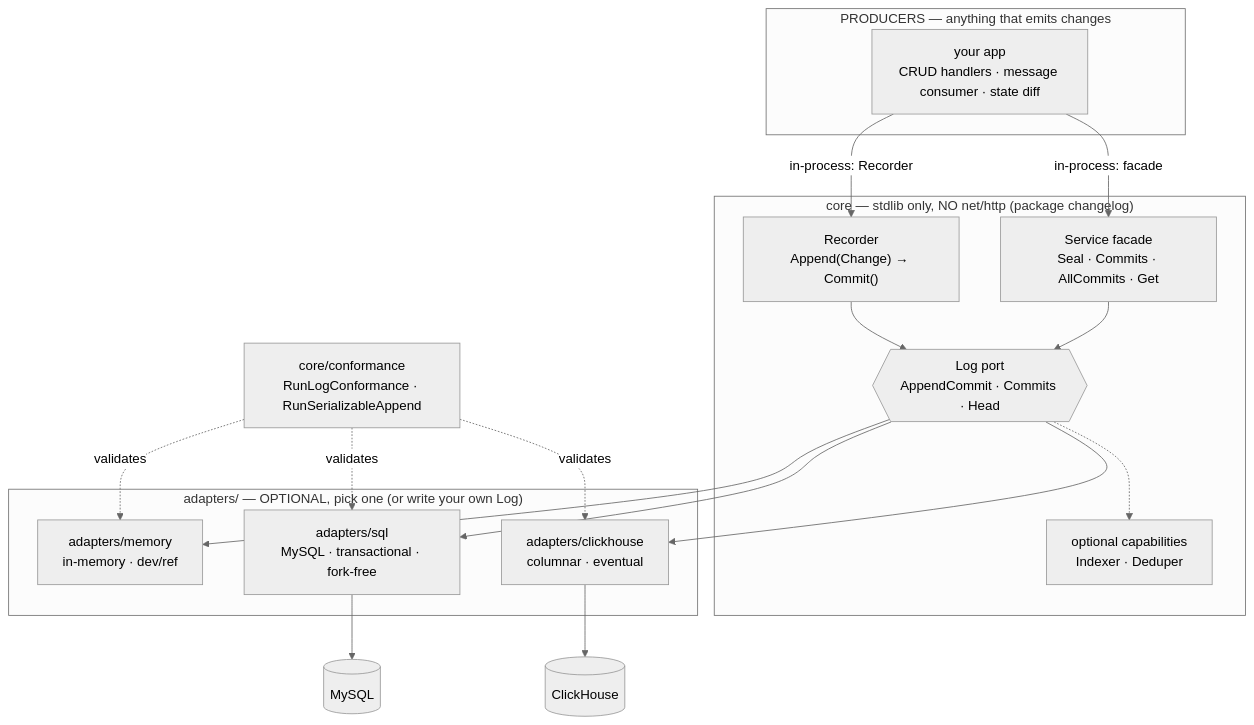
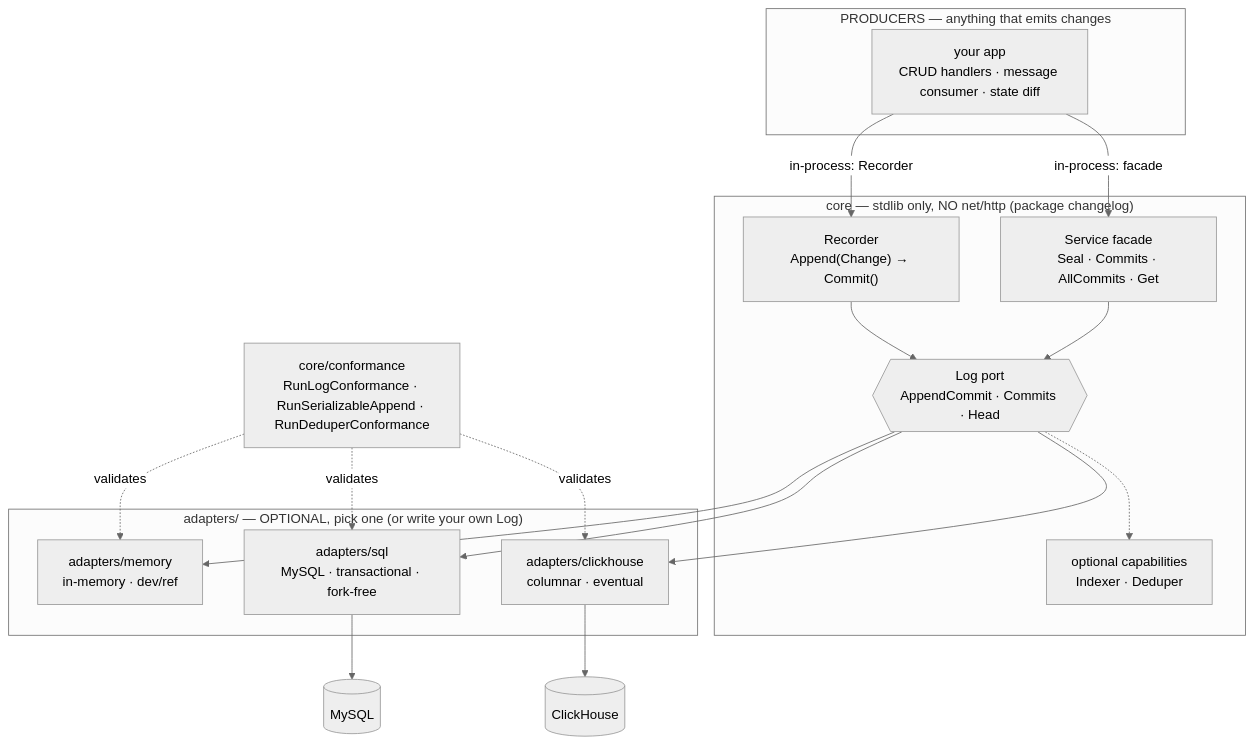
The diagram in README.md (zdirnecamlcs96/chronicle), drawn with Mermaid (neutral theme) before and after one commit. The commit also changed other lines of this file and 20 other files, not shown here.

````diff
--- a/README.md
+++ b/README.md
@@ -34,37 +34,37 @@
 ```mermaid
 flowchart TB
     subgraph L1["PRODUCERS — anything that emits changes"]
         APP["your app<br/>CRUD handlers · message consumer · state diff"]
     end
 
     subgraph L2["core — stdlib only, NO net/http (package changelog)"]
         REC["Recorder<br/>Append(Change) → Commit()"]
         SVC["Service facade<br/>Seal · Commits · AllCommits · Get"]
         PORT{{"Log port<br/>AppendCommit · Commits · Head"}}
         CAP["optional capabilities<br/>Indexer · Deduper"]
         REC --> PORT
         SVC --> PORT
         PORT -.-> CAP
     end
 
     subgraph L3["adapters/ — OPTIONAL, pick one (or write your own Log)"]
         MEM["adapters/memory<br/>in-memory · dev/ref"]
         SQL["adapters/sql<br/>MySQL · transactional · fork-free"]
         CH["adapters/clickhouse<br/>columnar · eventual"]
     end
 
     DBA[("MySQL")]
     DBB[("ClickHouse")]
-    CONF["core/conformance<br/>RunLogConformance · RunSerializableAppend"]
+    CONF["core/conformance<br/>RunLogConformance · RunSerializableAppend · RunDeduperConformance"]
 
     APP -->|in-process: Recorder| REC
     APP -->|in-process: facade| SVC
     PORT --> MEM
     PORT --> SQL
     PORT --> CH
     SQL --> DBA
     CH --> DBB
     CONF -. validates .-> MEM
     CONF -. validates .-> SQL
     CONF -. validates .-> CH
 ```
````
